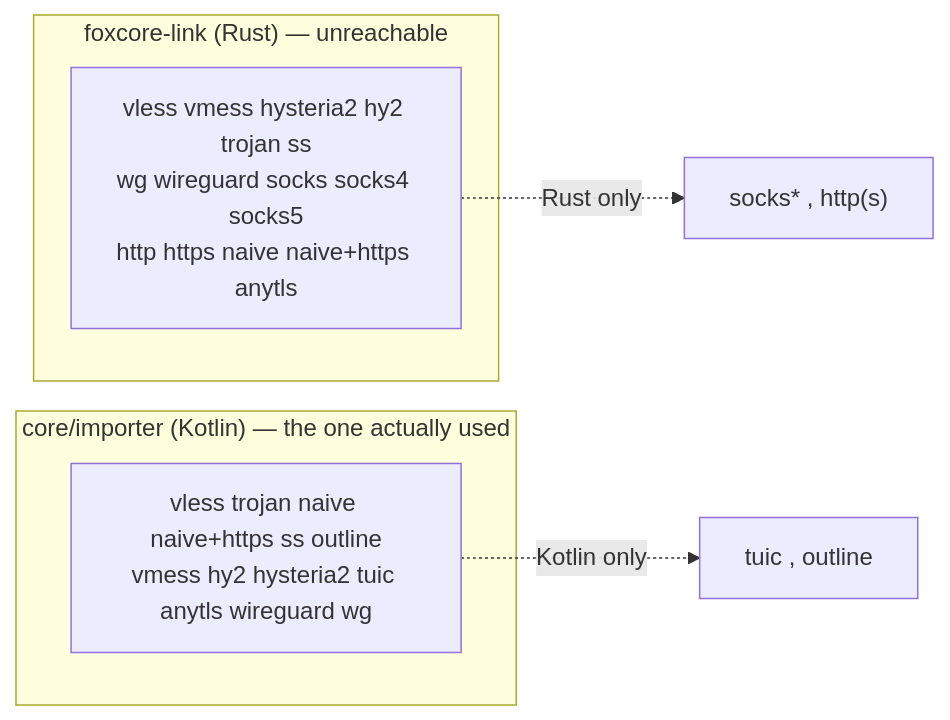
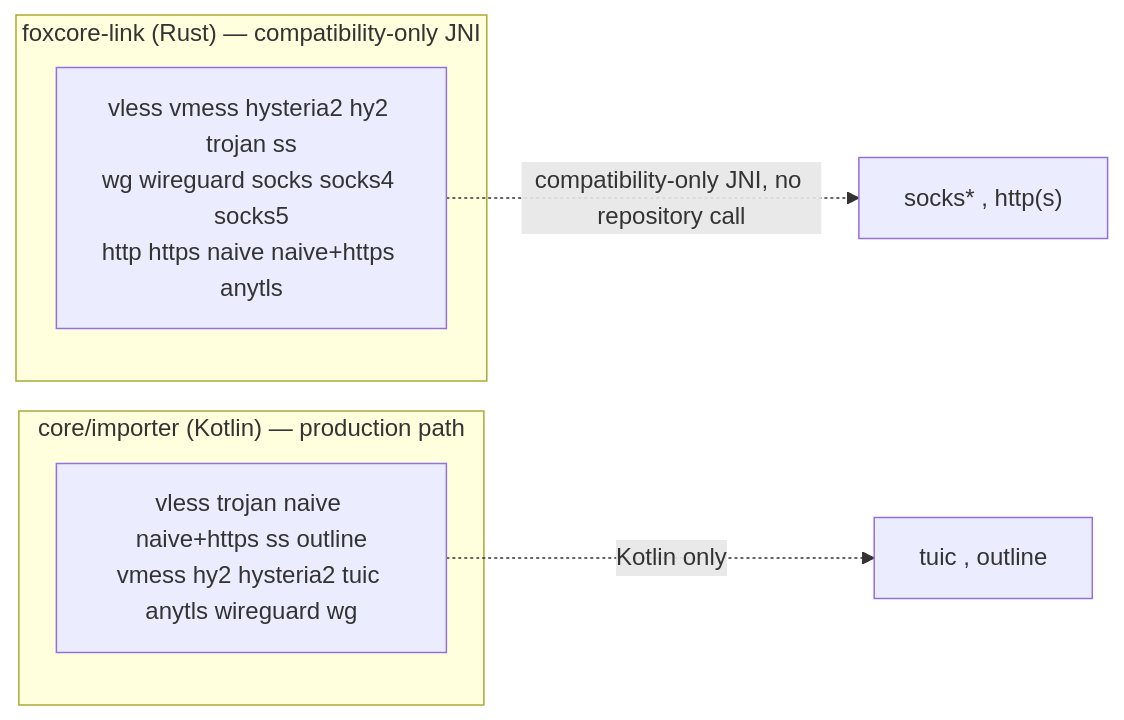
Before and after one commit to foxhole-team/foxhole-core: the seventh of 7 diagrams in docs/architecture/04-app-core-boundary.md, drawn with Mermaid. The commit also changed other lines of this file and 244 other files, not shown here.

````diff
--- a/docs/architecture/04-app-core-boundary.md
+++ b/docs/architecture/04-app-core-boundary.md
@@ -309,11 +323,11 @@
 ```mermaid
 flowchart LR
-    subgraph R["foxcore-link (Rust) — unreachable"]
+    subgraph R["foxcore-link (Rust) — compatibility-only JNI"]
         R1["vless vmess hysteria2 hy2 trojan ss<br/>wg wireguard socks socks4 socks5<br/>http https naive naive+https anytls"]
     end
-    subgraph K["core/importer (Kotlin) — the one actually used"]
+    subgraph K["core/importer (Kotlin) — production path"]
         K1["vless trojan naive naive+https ss outline<br/>vmess hy2 hysteria2 tuic anytls wireguard wg"]
     end
-    R1 -.->|Rust only| D1["socks* , http(s)"]
+    R1 -.->|compatibility-only JNI, no repository call| D1["socks* , http(s)"]
     K1 -.->|Kotlin only| D2["tuic , outline"]
 ```
````
